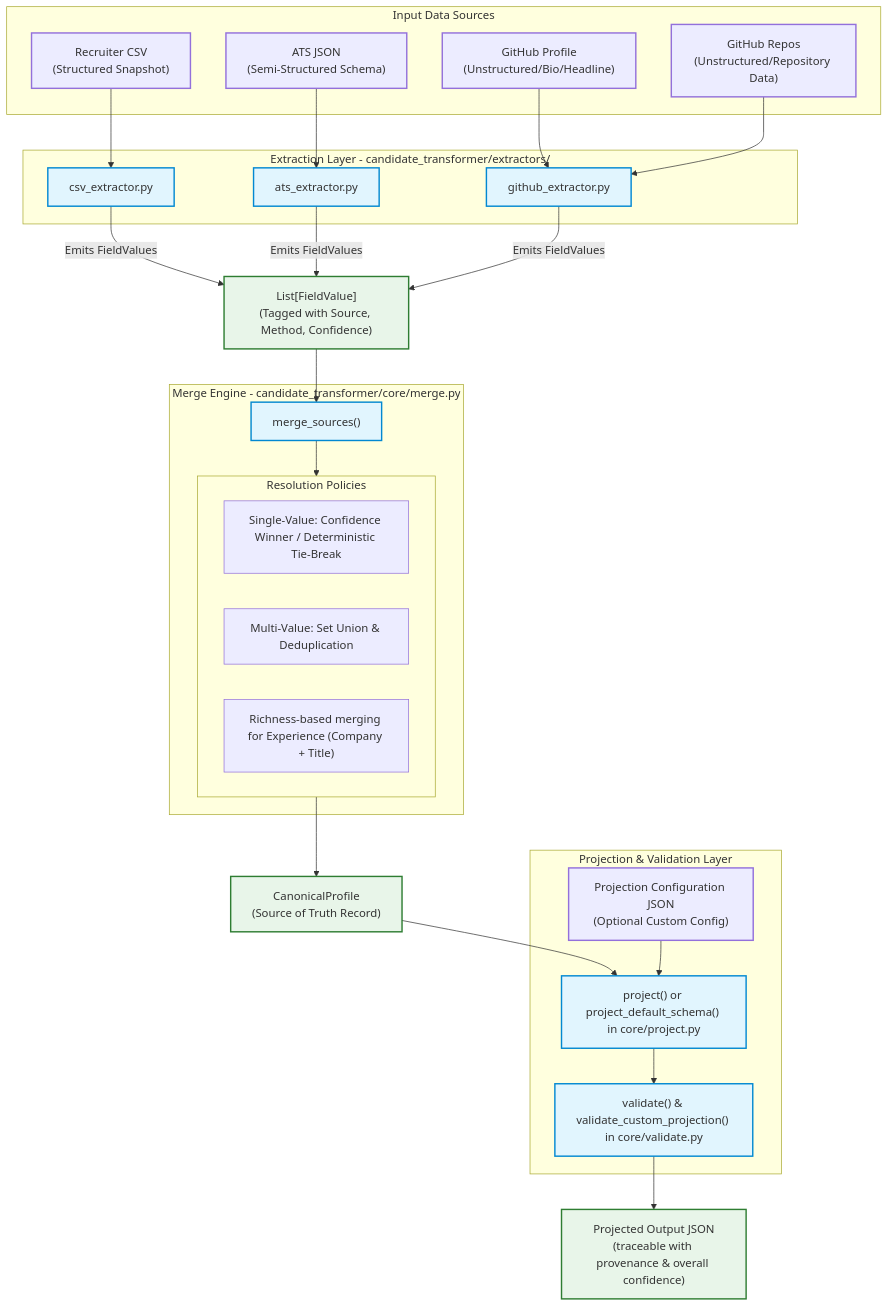
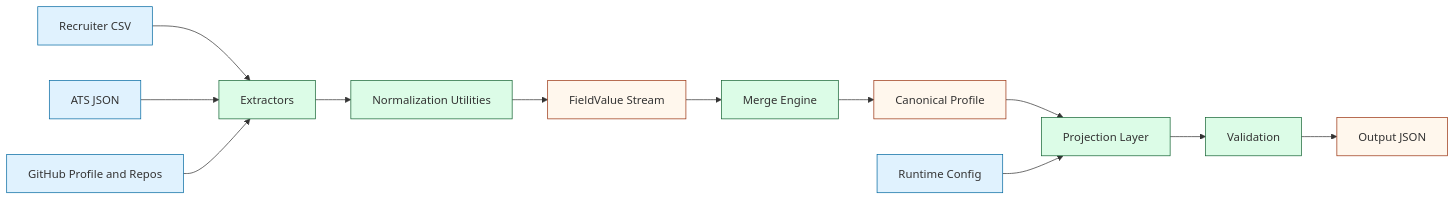
The first of 5 diagrams in architecture.md (ramalokeshreddyp/Candidate-Data-Transformer), drawn with Mermaid before and after one commit. The commit also changed other lines of this file and 7 other files, not shown here.

Commit message:
Improve projection compliance and upgrade project documentation

````diff
--- a/architecture.md
+++ b/architecture.md
@@ -22,66 +27,23 @@
 ```mermaid
-graph TD
-    %% Define Styles
-    classDef sourceStyle fill:#ececff,stroke:#9370db,stroke-width:2px;
-    classDef logicStyle fill:#e1f5fe,stroke:#0288d1,stroke-width:2px;
-    classDef dataStyle fill:#e8f5e9,stroke:#2e7d32,stroke-width:2px;
-    
-    %% Inputs
-    subgraph Sources [Input Data Sources]
-        CSV["Recruiter CSV<br/>(Structured Snapshot)"]:::sourceStyle
-        ATS["ATS JSON<br/>(Semi-Structured Schema)"]:::sourceStyle
-        GH_Profile["GitHub Profile<br/>(Unstructured/Bio/Headline)"]:::sourceStyle
-        GH_Repos["GitHub Repos<br/>(Unstructured/Repository Data)"]:::sourceStyle
-    end
+graph LR
+    S1[Recruiter CSV] --> EX[Extractors]
+    S2[ATS JSON] --> EX
+    S3[GitHub Profile and Repos] --> EX
 
-    %% Parsing & Extraction
-    subgraph Extraction [Extraction Layer - candidate_transformer/extractors/]
-        Ex_CSV["csv_extractor.py"]:::logicStyle
-        Ex_ATS["ats_extractor.py"]:::logicStyle
-        Ex_GH["github_extractor.py"]:::logicStyle
-    end
-    
-    CSV --> Ex_CSV
-    ATS --> Ex_ATS
-    GH_Profile --> Ex_GH
-    GH_Repos --> Ex_GH
-    
-    %% Intermediate representation
-    FV_List["List[FieldValue]<br/>(Tagged with Source, Method, Confidence)"]:::dataStyle
-    
-    Ex_CSV -->|Emits FieldValues| FV_List
-    Ex_ATS -->|Emits FieldValues| FV_List
-    Ex_GH -->|Emits FieldValues| FV_List
+    EX --> N[Normalization Utilities]
+    N --> FV[FieldValue Stream]
+    FV --> MG[Merge Engine]
+    MG --> CP[Canonical Profile]
+    CP --> PR[Projection Layer]
+    CFG[Runtime Config] --> PR
+    PR --> VL[Validation]
+    VL --> OUT[Output JSON]
 
-    %% Merge Engine
-    subgraph MergeEngine [Merge Engine - candidate_transformer/core/merge.py]
-        ME["merge_sources()"]:::logicStyle
-        subgraph Policies [Resolution Policies]
-            SV["Single-Value: Confidence Winner / Deterministic Tie-Break"]
-            MV["Multi-Value: Set Union & Deduplication"]
-            EXP["Richness-based merging for Experience (Company + Title)"]
-        end
-    end
-    
-    FV_List --> ME
-    ME --> Policies
-    
-    %% Canonical Profile
-    CP["CanonicalProfile<br/>(Source of Truth Record)"]:::dataStyle
-    Policies --> CP
-    
-    %% Projection & Validation
-    subgraph ProjectionAndValidation [Projection & Validation Layer]
-        PL["project() or project_default_schema() in core/project.py"]:::logicStyle
-        VL["validate() & validate_custom_projection() in core/validate.py"]:::logicStyle
-        Config["Projection Configuration JSON<br/>(Optional Custom Config)"]:::sourceStyle
-    end
-    
-    CP --> PL
-    Config --> PL
-    PL --> VL
-    
-    %% Output
-    FinalJSON["Projected Output JSON<br/>(traceable with provenance & overall confidence)"]:::dataStyle
-    VL --> FinalJSON
+    classDef source fill:#e0f2fe,stroke:#0369a1,stroke-width:1px;
+    classDef process fill:#dcfce7,stroke:#166534,stroke-width:1px;
+    classDef data fill:#fff7ed,stroke:#9a3412,stroke-width:1px;
+
+    class S1,S2,S3,CFG source;
+    class EX,N,MG,PR,VL process;
+    class FV,CP,OUT data;
 ```
````
